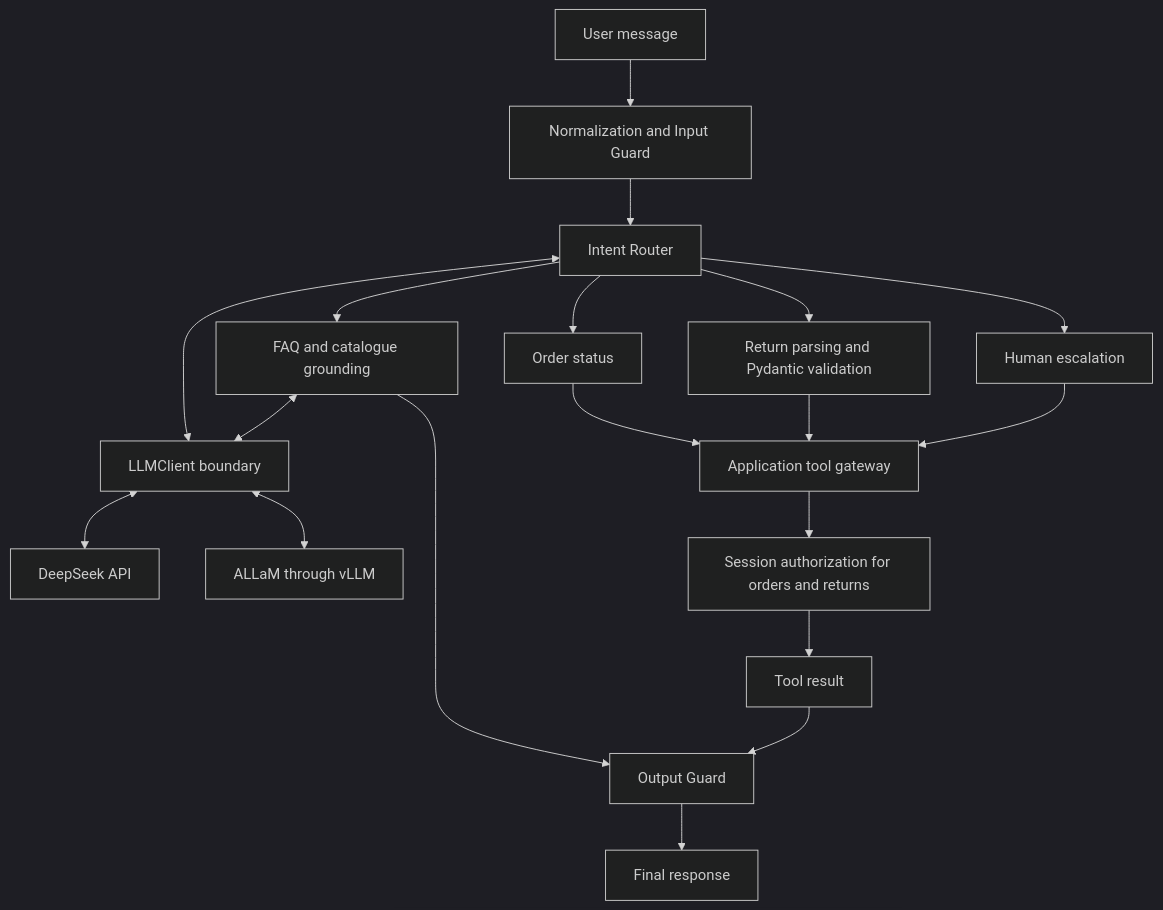
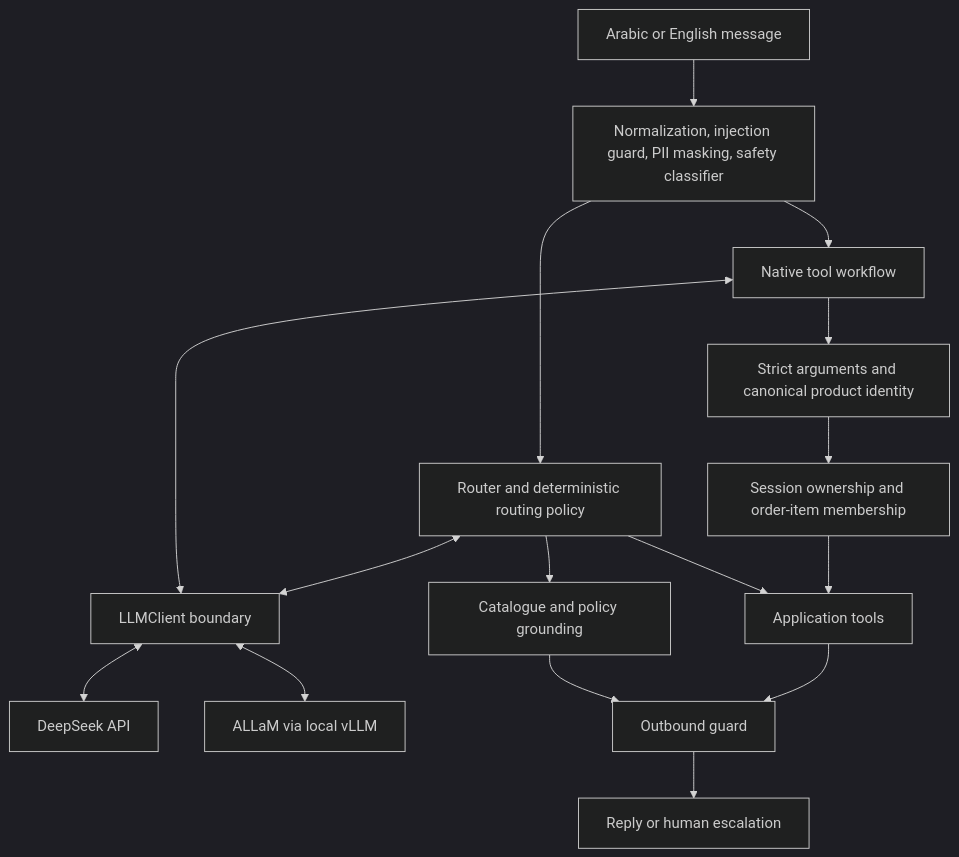
The diagram in README.md (Abdulel3h/llm-application-engineering-Raqmi), drawn with Mermaid (dark theme) before and after one commit. The commit also changed other lines of this file and 21 other files, not shown here.

````diff
--- a/README.md
+++ b/README.md
@@ -28,21 +22,18 @@
 ```mermaid
 flowchart TD
-    U[User message] --> N[Normalization and Input Guard]
-    N --> R[Intent Router]
+    U[Arabic or English message] --> G[Normalization, injection guard, PII masking, safety classifier]
+    G --> R[Router and deterministic routing policy]
+    G --> N[Native tool workflow]
     R <--> L[LLMClient boundary]
+    N <--> L
     L <--> D[DeepSeek API]
-    L <--> A[ALLaM through vLLM]
-    R --> F[FAQ and catalogue grounding]
-    F <--> L
-    R --> O[Order status]
-    R --> V[Return parsing and Pydantic validation]
-    R --> H[Human escalation]
-    O --> G[Application tool gateway]
-    V --> G
-    H --> G
-    G --> S[Session authorization for orders and returns]
-    S --> T[Tool result]
-    T --> W[Output Guard]
-    F --> W
-    W --> Q[Final response]
+    L <--> A[ALLaM via local vLLM]
+    R --> F[Catalogue and policy grounding]
+    N --> V[Strict arguments and canonical product identity]
+    V --> S[Session ownership and order-item membership]
+    S --> T[Application tools]
+    R --> T
+    T --> O[Outbound guard]
+    F --> O
+    O --> Q[Reply or human escalation]
 ```
````
